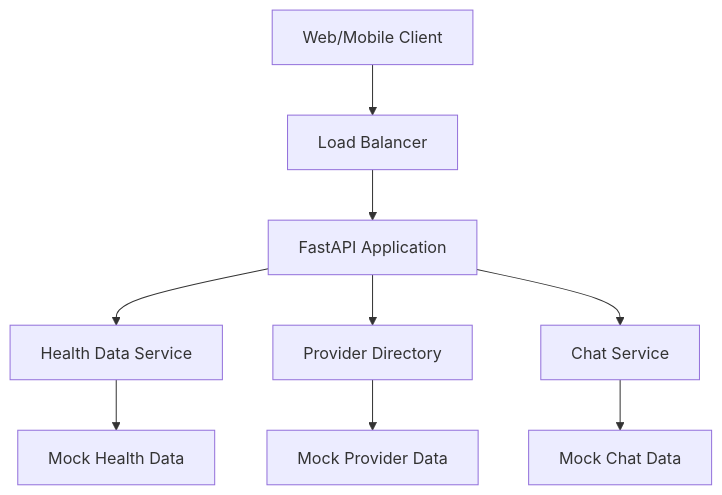
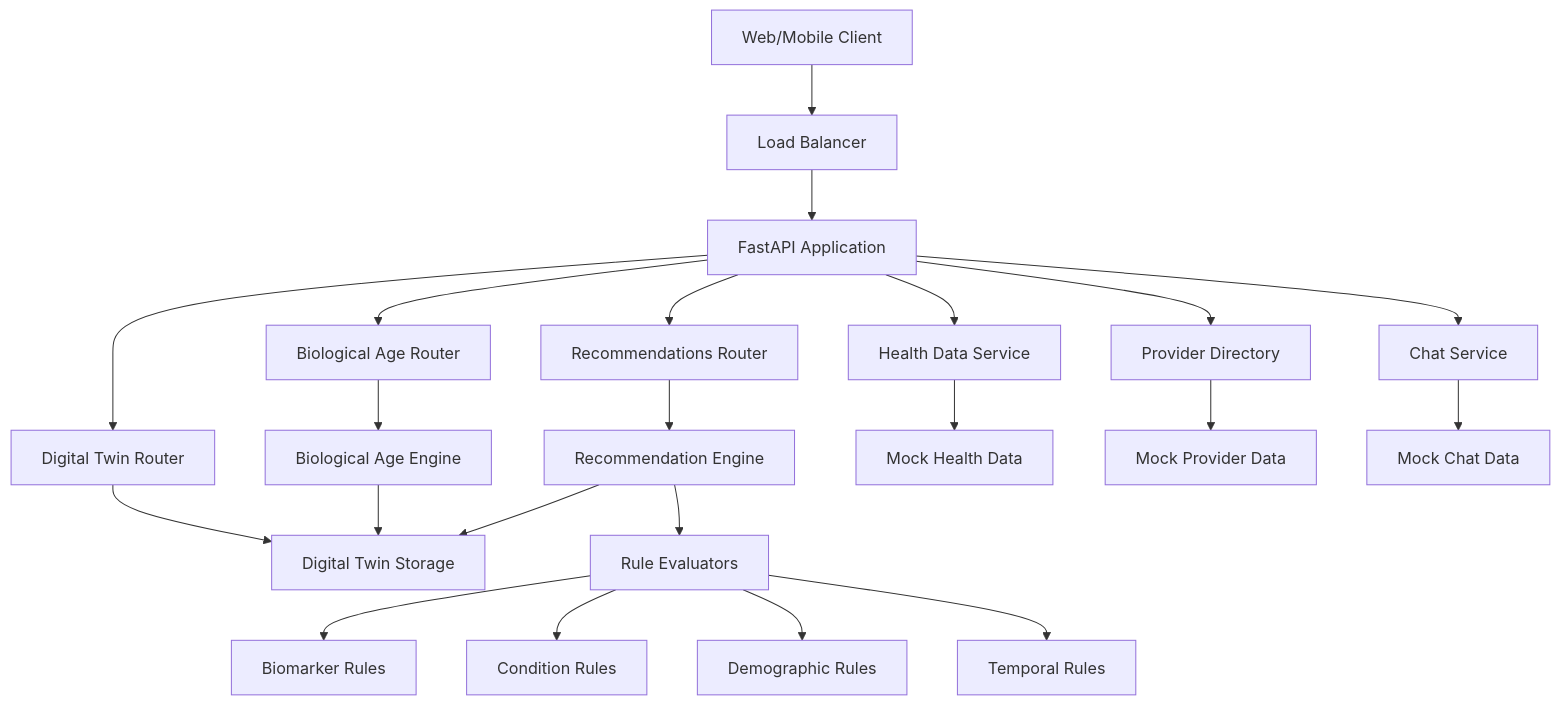
One commit to bit-short/arogyadost-backend changed the diagram in docs/API_ARCHITECTURE.md. Above: the diagram before and after it, drawn with Mermaid. The commit also changed other lines of this file and 4 other files, not shown here.

First line of the commit message:
docs: comprehensive documentation update for digital twin, biological age, and recommendations engine

````diff
--- a/docs/API_ARCHITECTURE.md
+++ b/docs/API_ARCHITECTURE.md
@@ -91,11 +223,27 @@
 ```mermaid
 graph TD
     A[Web/Mobile Client] --> B[Load Balancer]
     B --> C[FastAPI Application]
-    C --> D[Health Data Service]
-    C --> E[Provider Directory]
-    C --> F[Chat Service]
-    D --> G[Mock Health Data]
-    E --> H[Mock Provider Data]
-    F --> I[Mock Chat Data]
+    C --> D[Digital Twin Router]
+    C --> E[Biological Age Router]
+    C --> F[Recommendations Router]
+    C --> G[Health Data Service]
+    C --> H[Provider Directory]
+    C --> I[Chat Service]
+    
+    D --> J[Digital Twin Storage]
+    E --> K[Biological Age Engine]
+    F --> L[Recommendation Engine]
+    
+    K --> J
+    L --> J
+    L --> M[Rule Evaluators]
+    M --> N[Biomarker Rules]
+    M --> O[Condition Rules]
+    M --> P[Demographic Rules]
+    M --> Q[Temporal Rules]
+    
+    G --> R[Mock Health Data]
+    H --> S[Mock Provider Data]
+    I --> T[Mock Chat Data]
 ```
````
